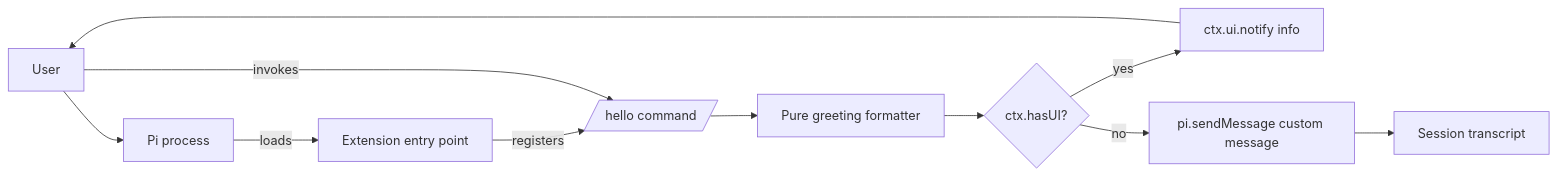
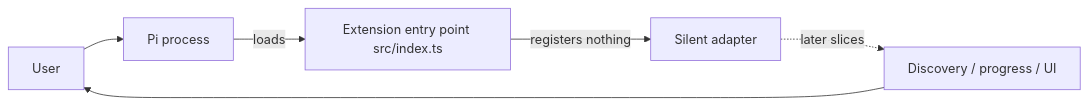
The diagram in docs/ARCHITECTURE.md (cltec/pi-splash-stats), drawn with Mermaid before and after one commit. The commit also changed other lines of this file and 100 other files, not shown here.

````diff
--- a/docs/ARCHITECTURE.md
+++ b/docs/ARCHITECTURE.md
@@ -24,13 +24,8 @@
 ```mermaid
 flowchart LR
   User[User] --> Pi[Pi process]
-  Pi -->|loads| Ext[Extension entry point]
-  Ext -->|registers| Command[/hello command/]
-  User -->|invokes| Command
-  Command --> Pure[Pure greeting formatter]
-  Pure --> Adapter{ctx.hasUI?}
-  Adapter -->|yes| Notify[ctx.ui.notify info]
-  Adapter -->|no| Message[pi.sendMessage custom message]
-  Notify --> User
-  Message --> Session[Session transcript]
+  Pi -->|loads| Ext[Extension entry point src/index.ts]
+  Ext -->|registers nothing| Silent[Silent adapter]
+  Silent -.->|later slices| Stats[Discovery / progress / UI]
+  Stats --> User
 ```
````
